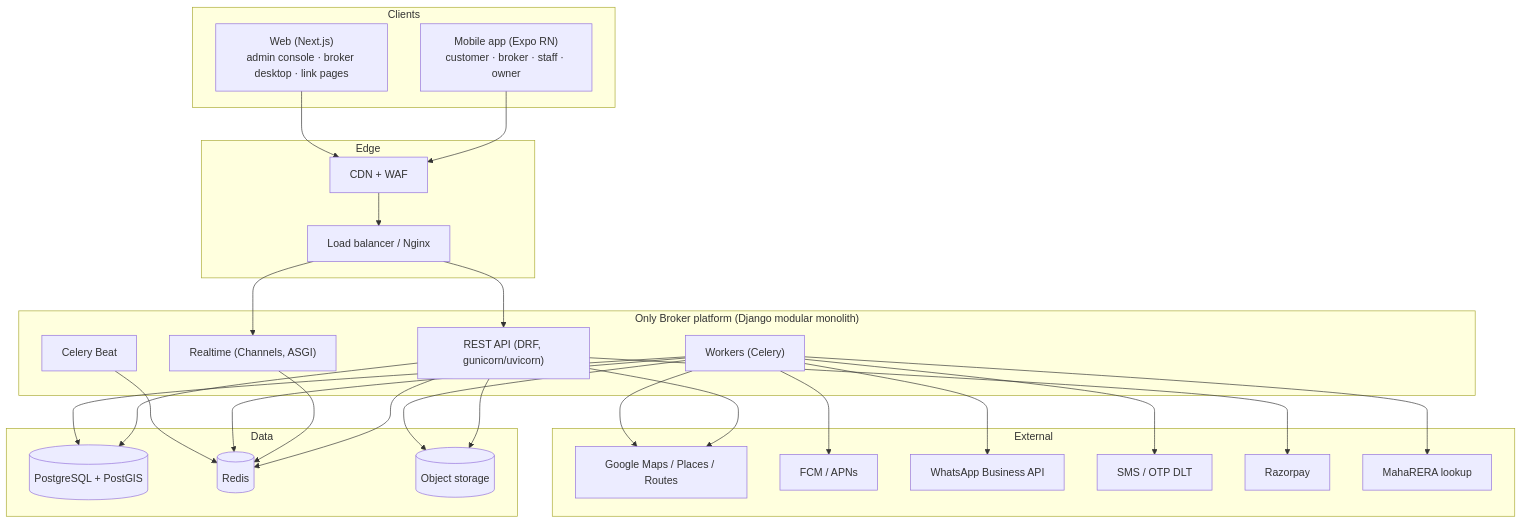
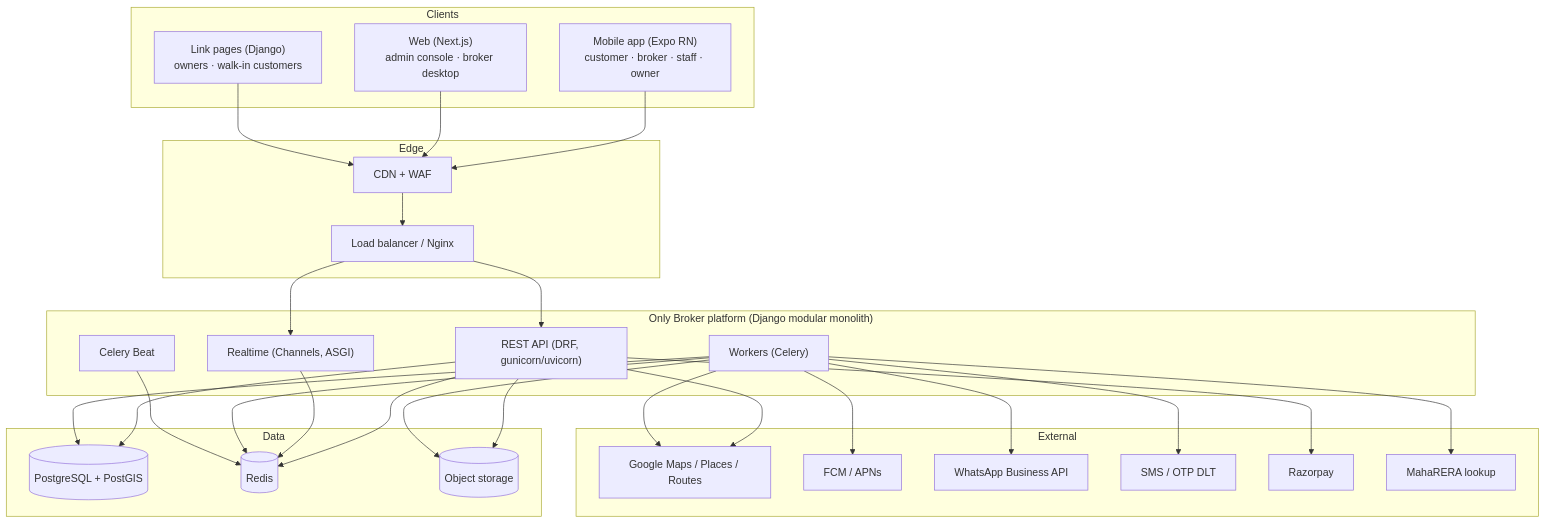
Before and after one commit to weshallrain95-cpu/SocietyManagement: the first of 3 diagrams in broker-only/docs/04-architecture.md, drawn with Mermaid. The commit also changed other lines of this file, not shown here.

Commit message:
docs: link pages served by Django in architecture diagram and code map
Claude-Session: https://claude.ai/code/session_015Mr3pa9jvdCpZABxvQq1Wy

````diff
--- a/broker-only/docs/04-architecture.md
+++ b/broker-only/docs/04-architecture.md
@@ -49,49 +49,51 @@
 ```mermaid
 flowchart TB
   subgraph Clients
     MA["Mobile app (Expo RN)<br/>customer · broker · staff · owner"]
-    WEB["Web (Next.js)<br/>admin console · broker desktop · link pages"]
+    WEB["Web (Next.js)<br/>admin console · broker desktop"]
+    LP["Link pages (Django)<br/>owners · walk-in customers"]
   end
   subgraph Edge
     CDN[CDN + WAF]
     LB[Load balancer / Nginx]
   end
   subgraph Core["Only Broker platform (Django modular monolith)"]
     API["REST API (DRF, gunicorn/uvicorn)"]
     WS["Realtime (Channels, ASGI)"]
     WK["Workers (Celery)"]
     BEAT[Celery Beat]
   end
   subgraph Data
     PG[("PostgreSQL + PostGIS")]
     RD[("Redis")]
     S3[("Object storage")]
   end
   subgraph External
     GM[Google Maps / Places / Routes]
     FCM[FCM / APNs]
     WA[WhatsApp Business API]
     SMS[SMS / OTP DLT]
     PAY[Razorpay]
     RERA[MahaRERA lookup]
   end
   MA --> CDN --> LB
   WEB --> CDN
+  LP --> CDN
   LB --> API
   LB --> WS
   API --> PG
   API --> RD
   API --> S3
   WS --> RD
   WK --> PG
   WK --> RD
   WK --> S3
   BEAT --> RD
   WK --> FCM
   WK --> WA
   WK --> SMS
   API --> GM
   WK --> GM
   API --> PAY
   WK --> RERA
 ```
````
